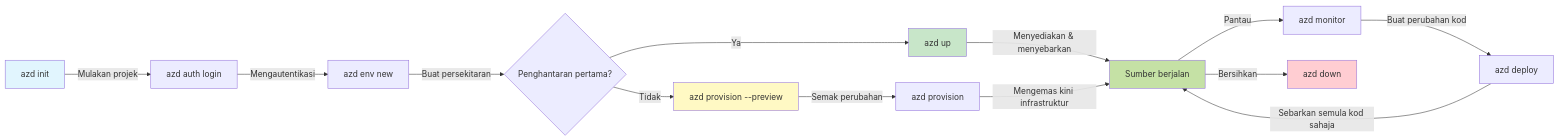
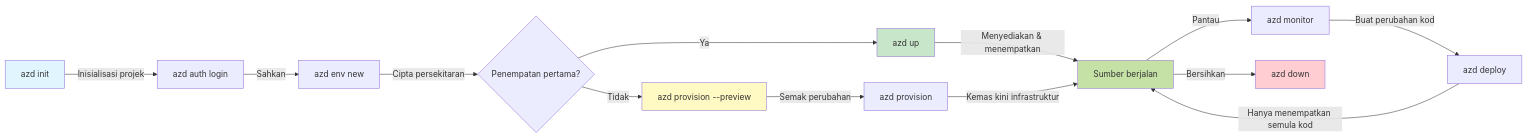
The first of 2 diagrams in translations/ms/docs/chapter-01-foundation/azd-basics.md (microsoft/AZD-for-beginners), drawn with Mermaid before and after one commit. The commit also changed other lines of this file and 101 other files, not shown here.

````diff
--- a/translations/ms/docs/chapter-01-foundation/azd-basics.md
+++ b/translations/ms/docs/chapter-01-foundation/azd-basics.md
@@ -254,21 +269,21 @@
 ```mermaid
 graph LR
-    A[azd init] -->|Mulakan projek| B[azd auth login]
-    B -->|Mengautentikasi| C[azd env new]
-    C -->|Buat persekitaran| D{Penghantaran pertama?}
+    A[azd init] -->|Inisialisasi projek| B[azd auth login]
+    B -->|Sahkan| C[azd env new]
+    C -->|Cipta persekitaran| D{Penempatan pertama?}
     D -->|Ya| E[azd up]
     D -->|Tidak| F[azd provision --preview]
     F -->|Semak perubahan| G[azd provision]
-    E -->|Menyediakan & menyebarkan| H[Sumber berjalan]
-    G -->|Mengemas kini infrastruktur| H
+    E -->|Menyediakan & menempatkan| H[Sumber berjalan]
+    G -->|Kemas kini infrastruktur| H
     H -->|Pantau| I[azd monitor]
     I -->|Buat perubahan kod| J[azd deploy]
-    J -->|Sebarkan semula kod sahaja| H
+    J -->|Hanya menempatkan semula kod| H
     H -->|Bersihkan| K[azd down]
     
     style A fill:#e1f5fe
     style E fill:#c8e6c9
     style F fill:#fff9c4
     style H fill:#c5e1a5
     style K fill:#ffcdd2
-```
+```  
````
